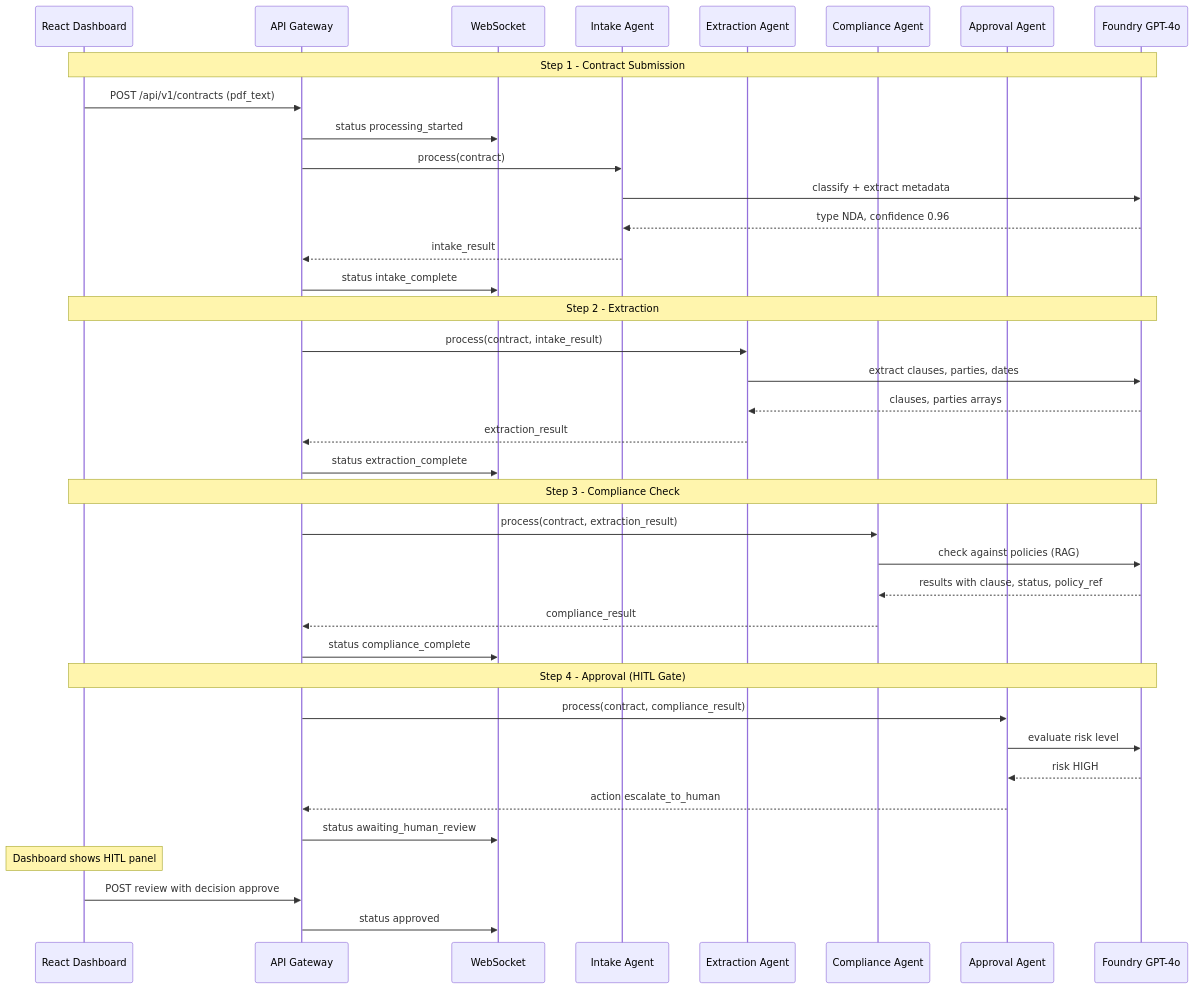
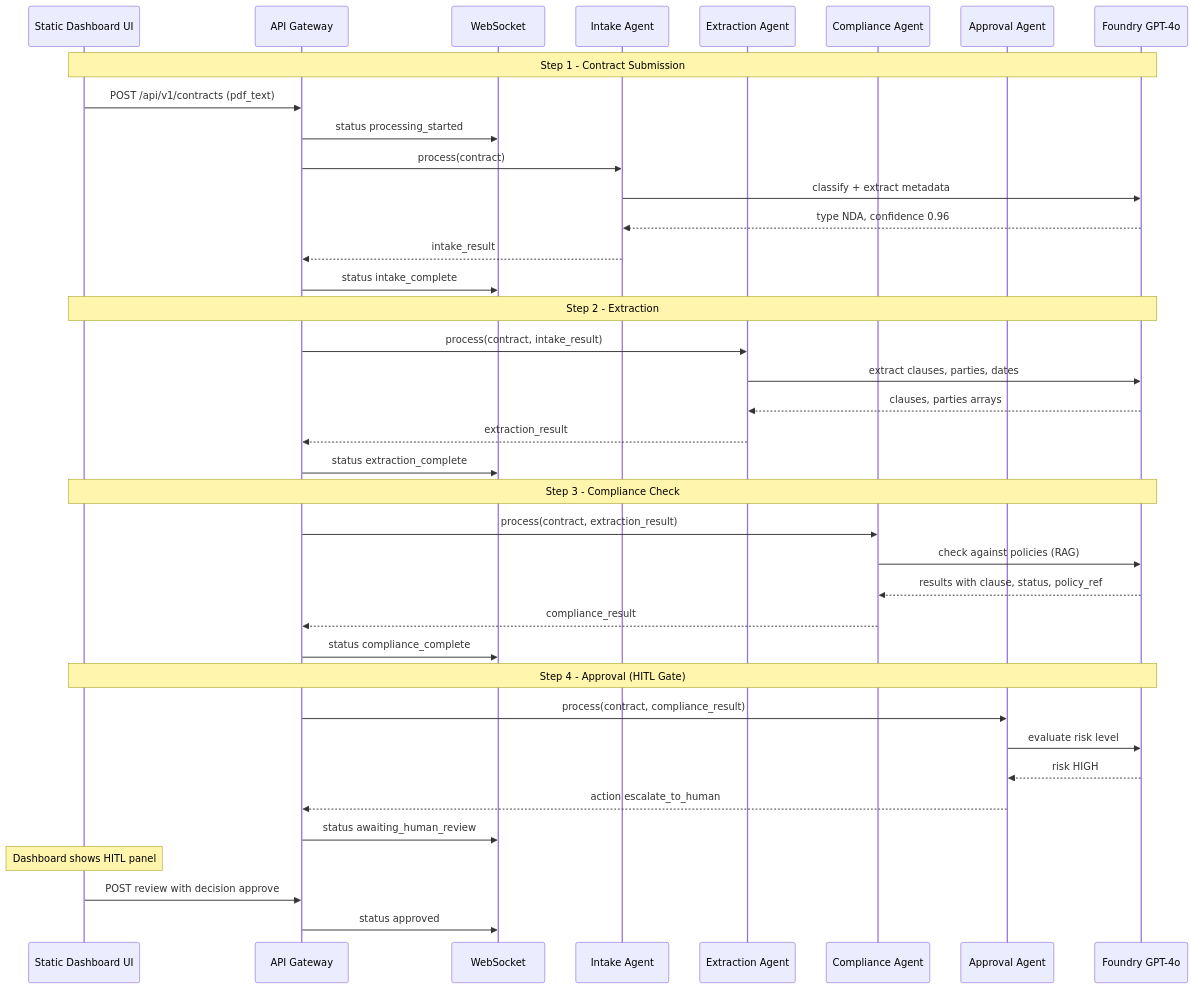
Before and after one commit to premaarya/AgentOps-Demo: the second of 12 diagrams in docs/specs/SPEC-ContractAgentOps-Demo.md, drawn with Mermaid. The commit also changed other lines of this file and 156 other files, not shown here.

````diff
--- a/docs/specs/SPEC-ContractAgentOps-Demo.md
+++ b/docs/specs/SPEC-ContractAgentOps-Demo.md
@@ -167,44 +169,44 @@
 ```mermaid
 sequenceDiagram
-    participant UI as React Dashboard
+    participant UI as Static Dashboard UI
     participant GW as API Gateway
     participant WS as WebSocket
     participant IA as Intake Agent
     participant EA as Extraction Agent
     participant CA as Compliance Agent
     participant AA as Approval Agent
     participant LLM as Foundry GPT-4o
 
     Note over UI,LLM: Step 1 - Contract Submission
     UI->>GW: POST /api/v1/contracts (pdf_text)
     GW->>WS: status processing_started
     GW->>IA: process(contract)
     IA->>LLM: classify + extract metadata
     LLM-->>IA: type NDA, confidence 0.96
     IA-->>GW: intake_result
     GW->>WS: status intake_complete
 
     Note over UI,LLM: Step 2 - Extraction
     GW->>EA: process(contract, intake_result)
     EA->>LLM: extract clauses, parties, dates
     LLM-->>EA: clauses, parties arrays
     EA-->>GW: extraction_result
     GW->>WS: status extraction_complete
 
     Note over UI,LLM: Step 3 - Compliance Check
     GW->>CA: process(contract, extraction_result)
     CA->>LLM: check against policies (RAG)
     LLM-->>CA: results with clause, status, policy_ref
     CA-->>GW: compliance_result
     GW->>WS: status compliance_complete
 
     Note over UI,LLM: Step 4 - Approval (HITL Gate)
     GW->>AA: process(contract, compliance_result)
     AA->>LLM: evaluate risk level
     LLM-->>AA: risk HIGH
     AA-->>GW: action escalate_to_human
     GW->>WS: status awaiting_human_review
     Note over UI: Dashboard shows HITL panel
     UI->>GW: POST review with decision approve
     GW->>WS: status approved
 ```
````
